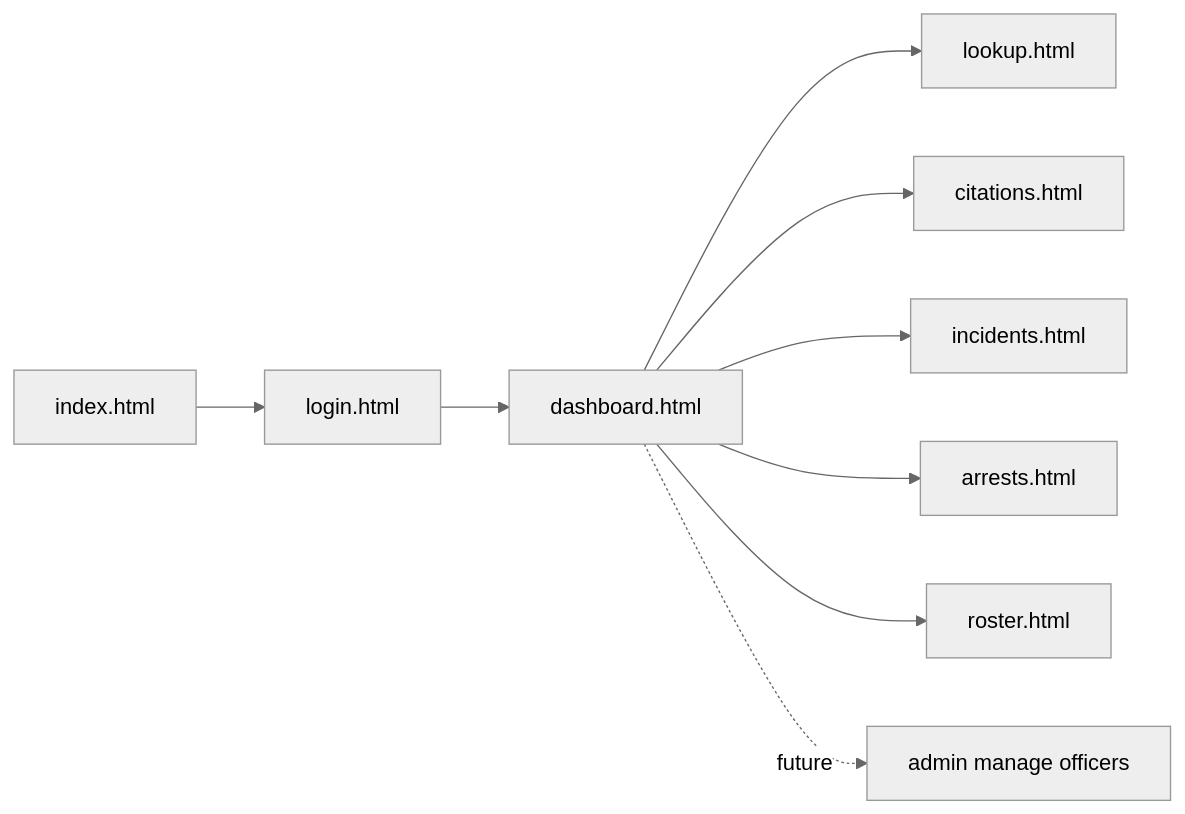
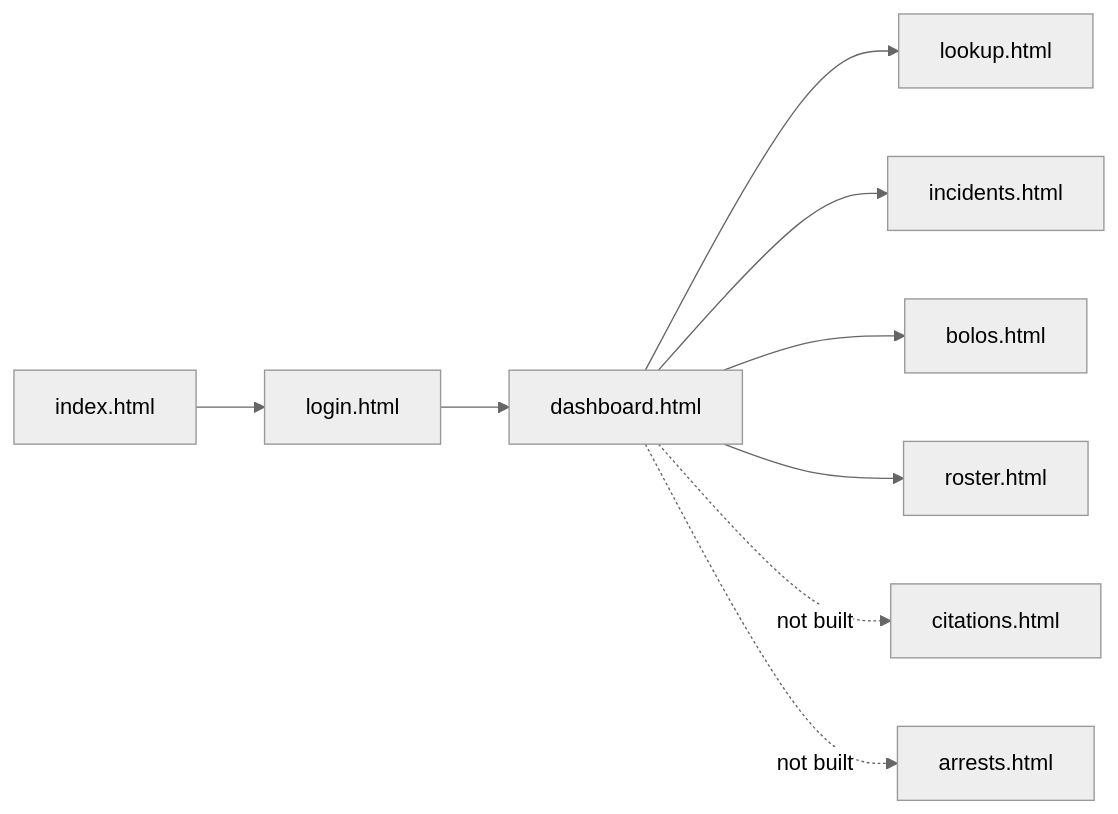
Before and after one commit to EgizianoEG/CNC111-Proto-PoliceMDT-Web: the first of 4 diagrams in ARCHITECTURE.md, drawn with Mermaid (neutral theme). The commit also changed other lines of this file and 3 other files, not shown here.

````diff
--- a/ARCHITECTURE.md
+++ b/ARCHITECTURE.md
@@ -19,11 +19,11 @@
 ```mermaid
 flowchart LR
     A[index.html] --> B[login.html]
     B --> C[dashboard.html]
     C --> D[lookup.html]
-    C --> E[citations.html]
-    C --> F[incidents.html]
-    C --> G[arrests.html]
-    C --> H[roster.html]
-    C -.future.-> I[admin manage officers]
+    C --> E[incidents.html]
+    C --> F[bolos.html]
+    C --> G[roster.html]
+    C -.not built.-> H[citations.html]
+    C -.not built.-> I[arrests.html]
 ```
````
